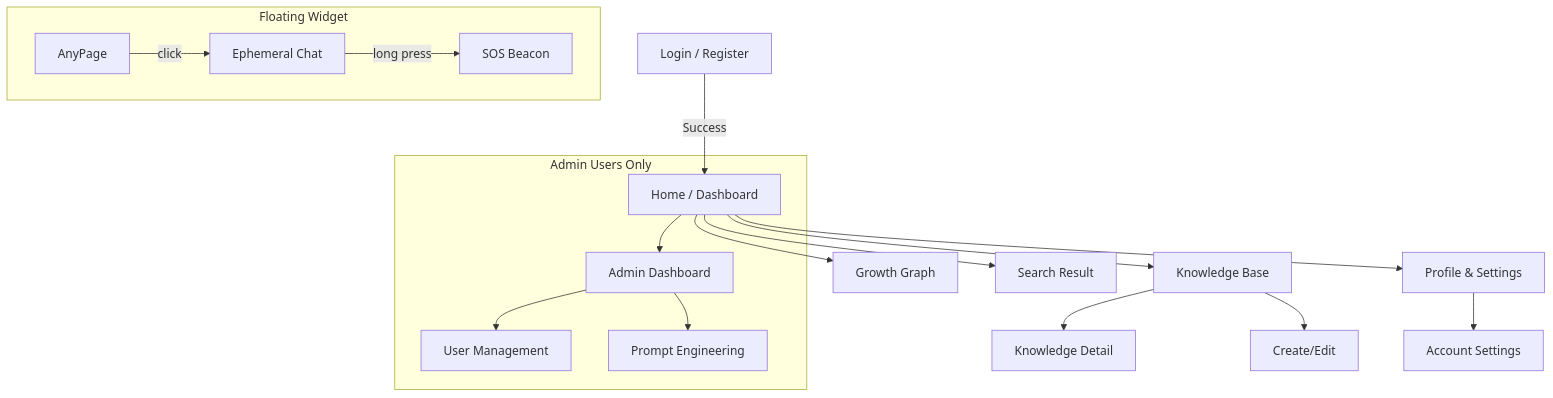
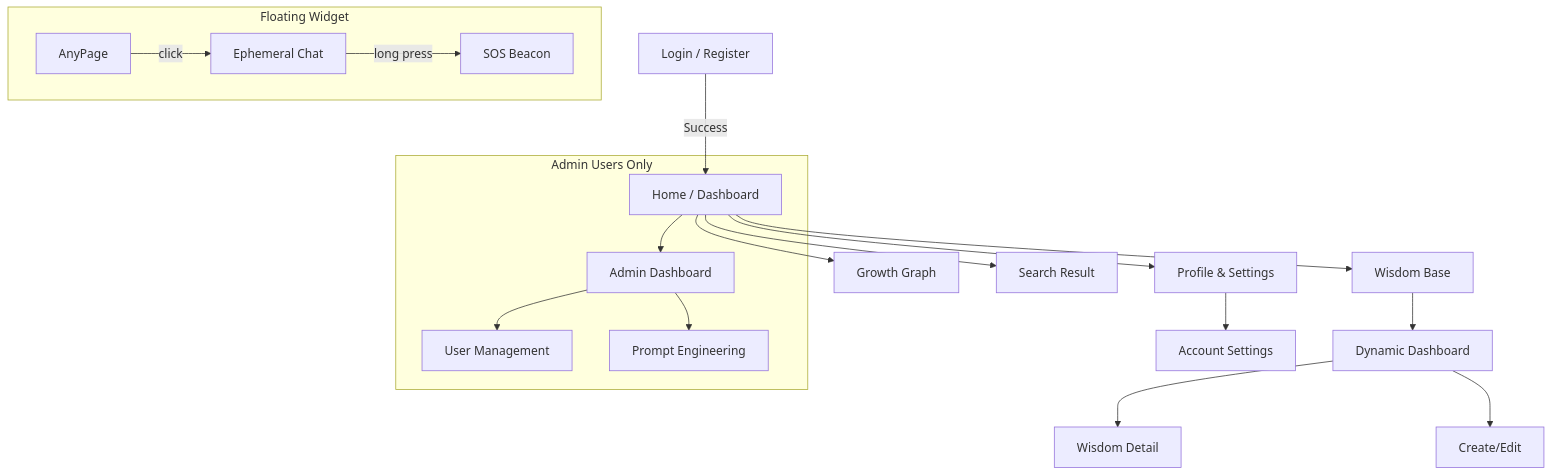
The diagram in docs/03_SCREEN_DESIGN.md (nekomasaru/owlight_one), drawn with Mermaid before and after one commit. The commit also changed other lines of this file and 59 other files, not shown here.

````diff
--- a/docs/03_SCREEN_DESIGN.md
+++ b/docs/03_SCREEN_DESIGN.md
@@ -11,26 +11,27 @@
 ```mermaid
 graph TD
     Login[Login / Register] -->|Success| Home[Home / Dashboard]
     
-    Home --> Knowledge[Knowledge Base]
+    Home --> Wisdom[Wisdom Base]
     Home --> Growth[Growth Graph]
     Home --> Profile[Profile & Settings]
     Home --> Search[Search Result]
     
-    Knowledge --> KnowledgeDetail[Knowledge Detail]
-    Knowledge --> KnowledgeEditor[Create/Edit]
+    Wisdom --> WisdomDashboard[Dynamic Dashboard]
+    WisdomDashboard --> WisdomDetail[Wisdom Detail]
+    WisdomDashboard --> WisdomEditor[Create/Edit]
     
     Profile --> Settings[Account Settings]
     
     subgraph Admin Console [Admin Users Only]
         Home --> Admin[Admin Dashboard]
         Admin --> UserMgmt[User Management]
         Admin --> PromptMgmt[Prompt Engineering]
     end
     
     subgraph Sanctuary [Floating Widget]
         AnyPage -- click --> SanctuaryChat[Ephemeral Chat]
         SanctuaryChat -- long press --> SOS[SOS Beacon]
     end
 
 ```
````
